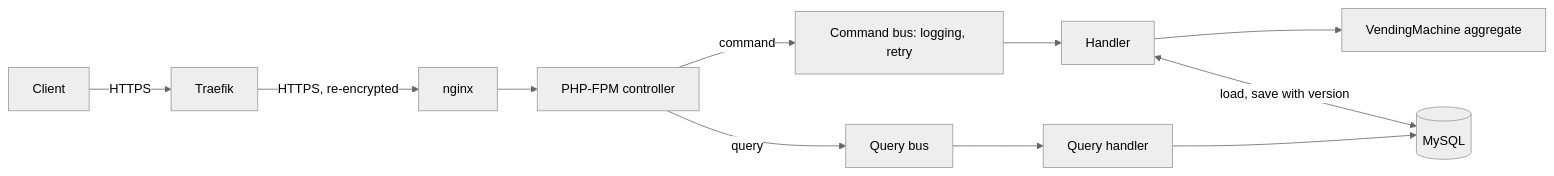
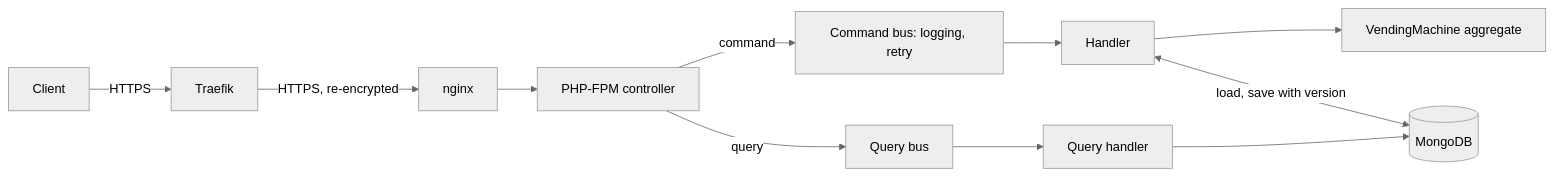
One commit to prubiella/vending-machine-challenge changed the second of 2 diagrams in README.md. Above: the diagram before and after it, drawn with Mermaid (neutral theme). The commit also changed other lines of this file and 4 other files, not shown here.

````diff
--- a/README.md
+++ b/README.md
@@ -222,11 +241,11 @@
 ```mermaid
 flowchart LR
     C[Client] -->|HTTPS| T[Traefik]
     T -->|HTTPS, re-encrypted| N[nginx]
     N --> P[PHP-FPM controller]
     P -->|command| CB[Command bus: logging, retry]
     CB --> H[Handler]
     H --> M[VendingMachine aggregate]
-    H <-->|load, save with version| DB[(MySQL)]
+    H <-->|load, save with version| DB[(MongoDB)]
     P -->|query| QB[Query bus] --> QH[Query handler] --> DB
 ```
````
